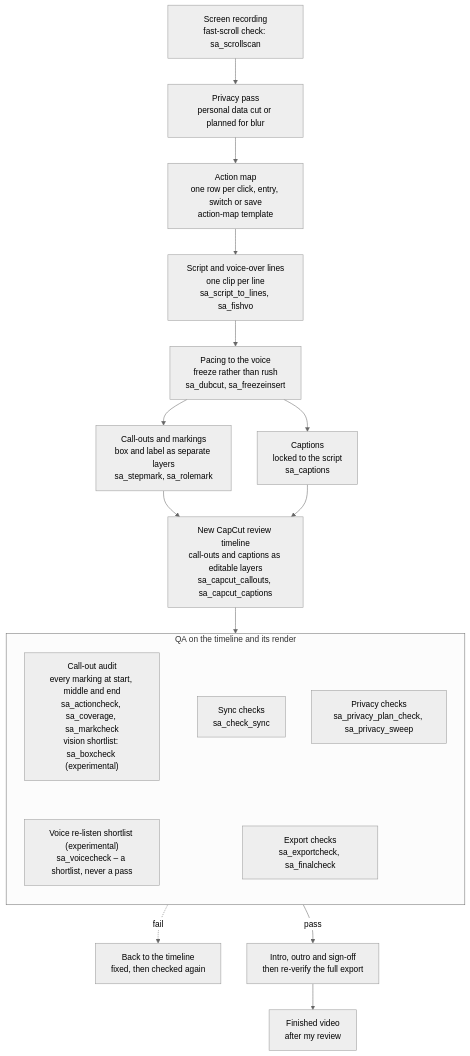
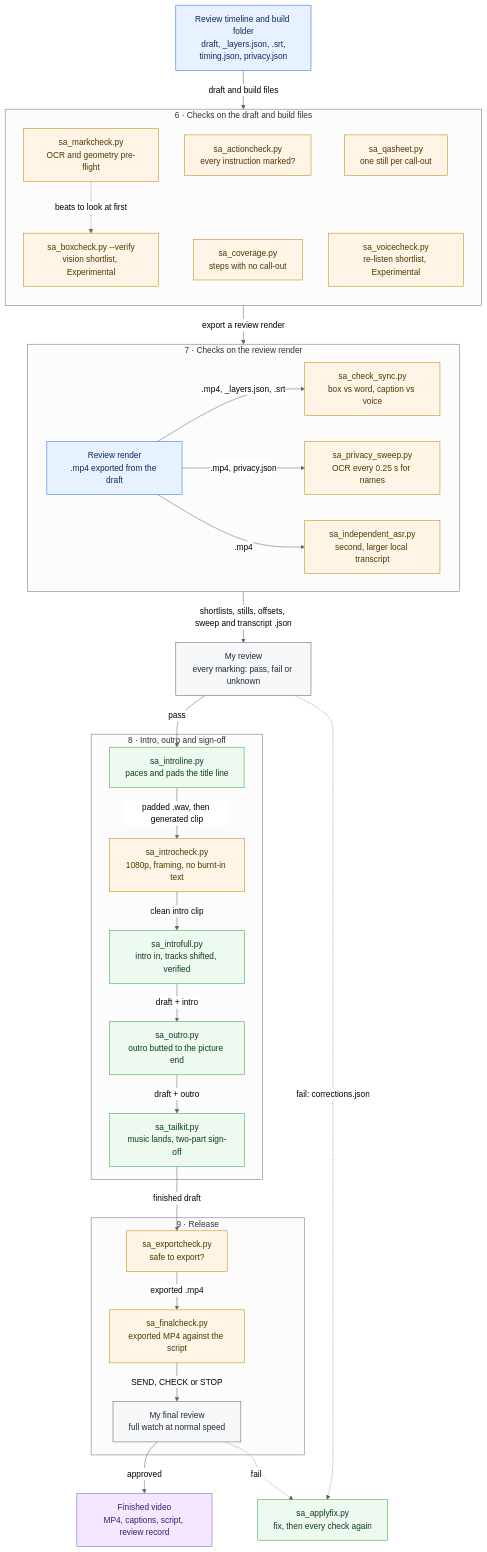
Before and after one commit to saadahmadofficial1/marketing-house: the second of 5 diagrams in playbooks/training-video-production.md, drawn with Mermaid (neutral theme). The commit also changed other lines of this file and 9 other files, not shown here.

First line of the commit message:
Workflows, tool by tool: detailed tool-flow diagrams for eight workflows

````diff
--- a/playbooks/training-video-production.md
+++ b/playbooks/training-video-production.md
@@ -34,34 +117,67 @@
 ```mermaid
 flowchart TD
-    rec["Screen recording<br/>fast-scroll check: sa_scrollscan"]
-    priv["Privacy pass<br/>personal data cut or planned for blur"]
-    actions["Action map<br/>one row per click, entry, switch or save<br/>action-map template"]
-    lines["Script and voice-over lines<br/>one clip per line<br/>sa_script_to_lines, sa_fishvo"]
-    pace["Pacing to the voice<br/>freeze rather than rush<br/>sa_dubcut, sa_freezeinsert"]
-    marks["Call-outs and markings<br/>box and label as separate layers<br/>sa_stepmark, sa_rolemark"]
-    caps["Captions<br/>locked to the script<br/>sa_captions"]
-    timeline["New CapCut review timeline<br/>call-outs and captions as editable layers<br/>sa_capcut_callouts, sa_capcut_captions"]
-    subgraph qa["QA on the timeline and its render"]
+    n_tl["Review timeline and build folder<br/>draft, _layers.json, .srt,<br/>timing.json, privacy.json"]
+    subgraph SG_DRAFT["6 · Checks on the draft and build files"]
         direction TB
-        audit["Call-out audit<br/>every marking at start, middle and end<br/>sa_actioncheck, sa_coverage, sa_markcheck<br/>vision shortlist: sa_boxcheck (experimental)"]
-        syncchecks["Sync checks<br/>sa_check_sync"]
-        privacy["Privacy checks<br/>sa_privacy_plan_check, sa_privacy_sweep"]
-        voicecheck["Voice re-listen shortlist (experimental)<br/>sa_voicecheck – a shortlist, never a pass"]
-        exportchecks["Export checks<br/>sa_exportcheck, sa_finalcheck"]
-        audit ~~~ voicecheck
-        syncchecks ~~~ exportchecks
-        privacy ~~~ exportchecks
+        n_mark["sa_markcheck.py<br/>OCR and geometry pre-flight"]
+        n_box["sa_boxcheck.py --verify<br/>vision shortlist, Experimental"]
+        n_act["sa_actioncheck.py<br/>every instruction marked?"]
+        n_cov["sa_coverage.py<br/>steps with no call-out"]
+        n_qa["sa_qasheet.py<br/>one still per call-out"]
+        n_vc["sa_voicecheck.py<br/>re-listen shortlist, Experimental"]
+        n_mark -.->|"beats to look at first"| n_box
+        n_act ~~~ n_cov
+        n_qa ~~~ n_vc
     end
-    fix["Back to the timeline<br/>fixed, then checked again"]
-    outro["Intro, outro and sign-off<br/>then re-verify the full export"]
-    finished["Finished video<br/>after my review"]
+    subgraph SG_RENDER["7 · Checks on the review render"]
+        direction LR
+        n_rr["Review render<br/>.mp4 exported from the draft"]
+        n_sync["sa_check_sync.py<br/>box vs word, caption vs voice"]
+        n_priv["sa_privacy_sweep.py<br/>OCR every 0.25 s for names"]
+        n_asr["sa_independent_asr.py<br/>second, larger local transcript"]
+        n_rr -->|".mp4, _layers.json, .srt"| n_sync
+        n_rr -->|".mp4, privacy.json"| n_priv
+        n_rr -->|".mp4"| n_asr
+    end
+    n_me["My review<br/>every marking: pass, fail or unknown"]
+    subgraph SG_FIN["8 · Intro, outro and sign-off"]
+        n_line["sa_introline.py<br/>paces and pads the title line"]
+        n_ichk["sa_introcheck.py<br/>1080p, framing, no burnt-in text"]
+        n_ifull["sa_introfull.py<br/>intro in, tracks shifted, verified"]
+        n_outro["sa_outro.py<br/>outro butted to the picture end"]
+        n_tail["sa_tailkit.py<br/>music lands, two-part sign-off"]
+    end
+    subgraph SG_REL["9 · Release"]
+        n_exp["sa_exportcheck.py<br/>safe to export?"]
+        n_fin["sa_finalcheck.py<br/>exported MP4 against the script"]
+        n_last["My final review<br/>full watch at normal speed"]
+    end
+    n_done["Finished video<br/>MP4, captions, script, review record"]
+    n_fix["sa_applyfix.py<br/>fix, then every check again"]
 
-    rec --> priv --> actions --> lines --> pace
-    pace --> marks
-    pace --> caps
-    marks --> timeline
-    caps --> timeline
-    timeline --> qa
-    qa -.->|fail| fix
-    qa -->|pass| outro --> finished
+    n_tl -->|"draft and build files"| SG_DRAFT
+    SG_DRAFT -->|"export a review render"| SG_RENDER
+    SG_RENDER -->|"shortlists, stills, offsets, sweep and transcript .json"| n_me
+    n_me -->|"pass"| n_line
+    n_line -->|"padded .wav, then generated clip"| n_ichk
+    n_ichk -->|"clean intro clip"| n_ifull
+    n_ifull -->|"draft + intro"| n_outro
+    n_outro -->|"draft + outro"| n_tail
+    n_tail -->|"finished draft"| n_exp
+    n_exp -->|"exported .mp4"| n_fin
+    n_fin -->|"SEND, CHECK or STOP"| n_last
+    n_last -->|"approved"| n_done
+    n_me -.->|"fail: corrections.json"| n_fix
+    n_last -.->|"fail"| n_fix
+
+    classDef input fill:#e8f1ff,stroke:#1f6feb,color:#0b2a5b
+    classDef tool fill:#eef9f0,stroke:#2da44e,color:#0b3d1a
+    classDef check fill:#fff4e5,stroke:#bf8700,color:#4d3800
+    classDef output fill:#f3e8ff,stroke:#8250df,color:#3b1d6e
+    classDef human fill:#f6f8fa,stroke:#57606a,color:#24292f
+    class n_tl,n_rr input
+    class n_mark,n_act,n_cov,n_box,n_qa,n_sync,n_priv,n_vc,n_ichk,n_exp,n_fin,n_asr check
+    class n_fix,n_line,n_ifull,n_outro,n_tail tool
+    class n_me,n_last human
+    class n_done output
 ```
````
